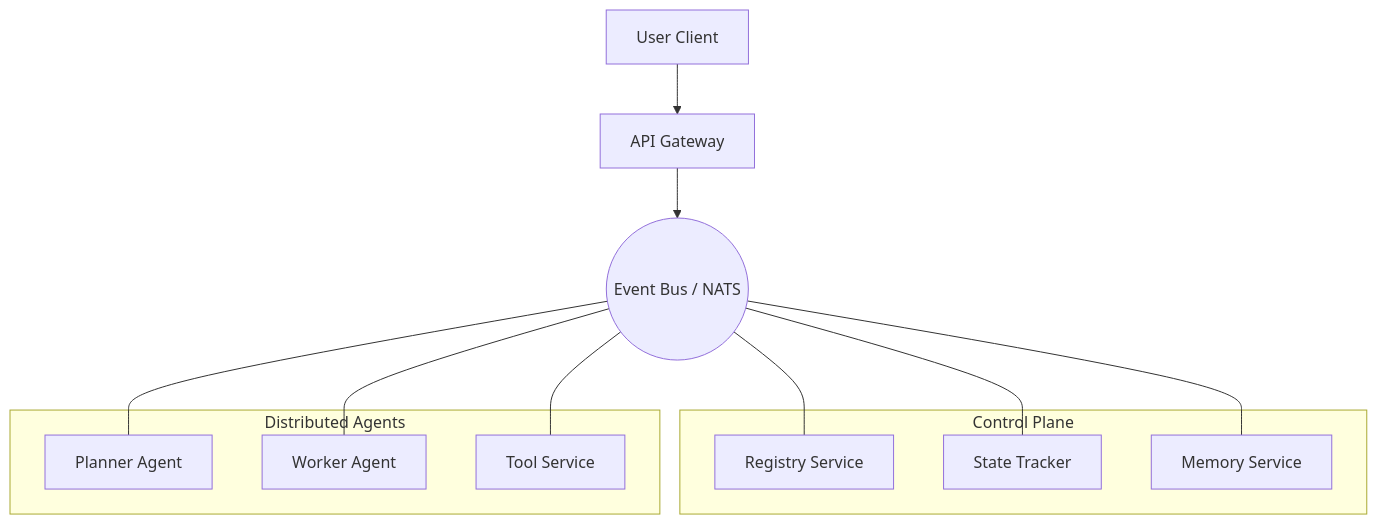
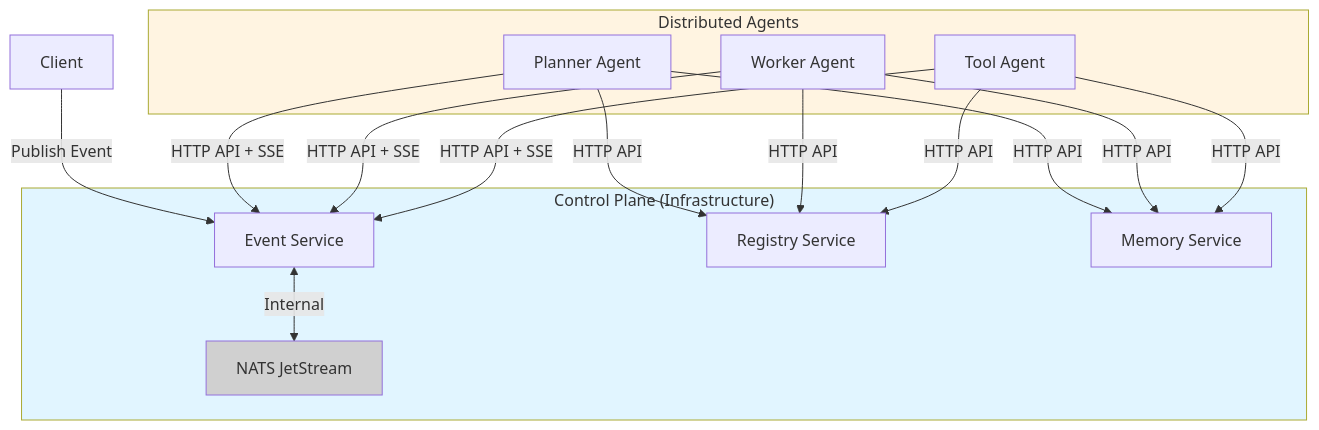
One commit to soorma-ai/soorma-core changed the diagram in README.md. Above: the diagram before and after it, drawn with Mermaid. The commit also changed 1 other file, not shown here.

Commit message:
updated docs to reflect version 0.5.1

````diff
--- a/README.md
+++ b/README.md
@@ -38,26 +38,36 @@
 ```mermaid
-graph TD
-    User[User Client] --> Gateway[API Gateway]
-    Gateway --> Bus((Event Bus / NATS))
+graph TB
+    Client[Client] -->|Publish Event| EventService
     
-    subgraph ControlPlane [Control Plane]
+    subgraph ControlPlane["Control Plane (Infrastructure)"]
         Registry[Registry Service]
-        Tracker[State Tracker]
+        EventService[Event Service]
         Memory[Memory Service]
+        NATS[NATS JetStream]
+        
+        EventService <-->|Internal| NATS
     end
     
-    subgraph DistributedAgents [Distributed Agents]
+    subgraph DistributedAgents["Distributed Agents"]
         Planner[Planner Agent]
         Worker[Worker Agent]
-        Tool[Tool Service]
+        Tool[Tool Agent]
     end
     
-    %% Connections to the Bus
-    Bus --- Planner
-    Bus --- Worker
-    Bus --- Tool
+    %% Agent connections to Control Plane
+    Planner -->|HTTP API| Registry
+    Planner -->|HTTP API + SSE| EventService
+    Planner -->|HTTP API| Memory
     
-    Bus --- Registry
-    Bus --- Tracker
-    Bus --- Memory
+    Worker -->|HTTP API| Registry
+    Worker -->|HTTP API + SSE| EventService
+    Worker -->|HTTP API| Memory
+    
+    Tool -->|HTTP API| Registry
+    Tool -->|HTTP API + SSE| EventService
+    Tool -->|HTTP API| Memory
+    
+    style ControlPlane fill:#e1f5ff
+    style DistributedAgents fill:#fff4e1
+    style NATS fill:#d0d0d0
 ```
````
